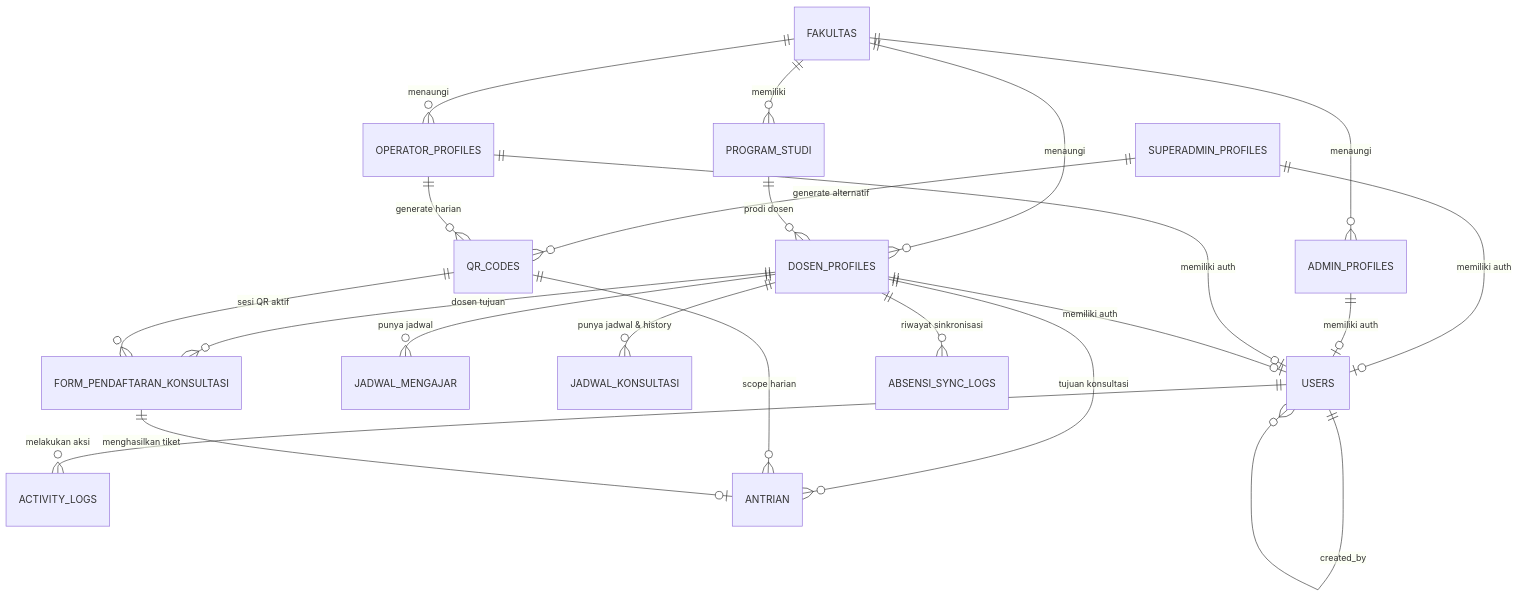
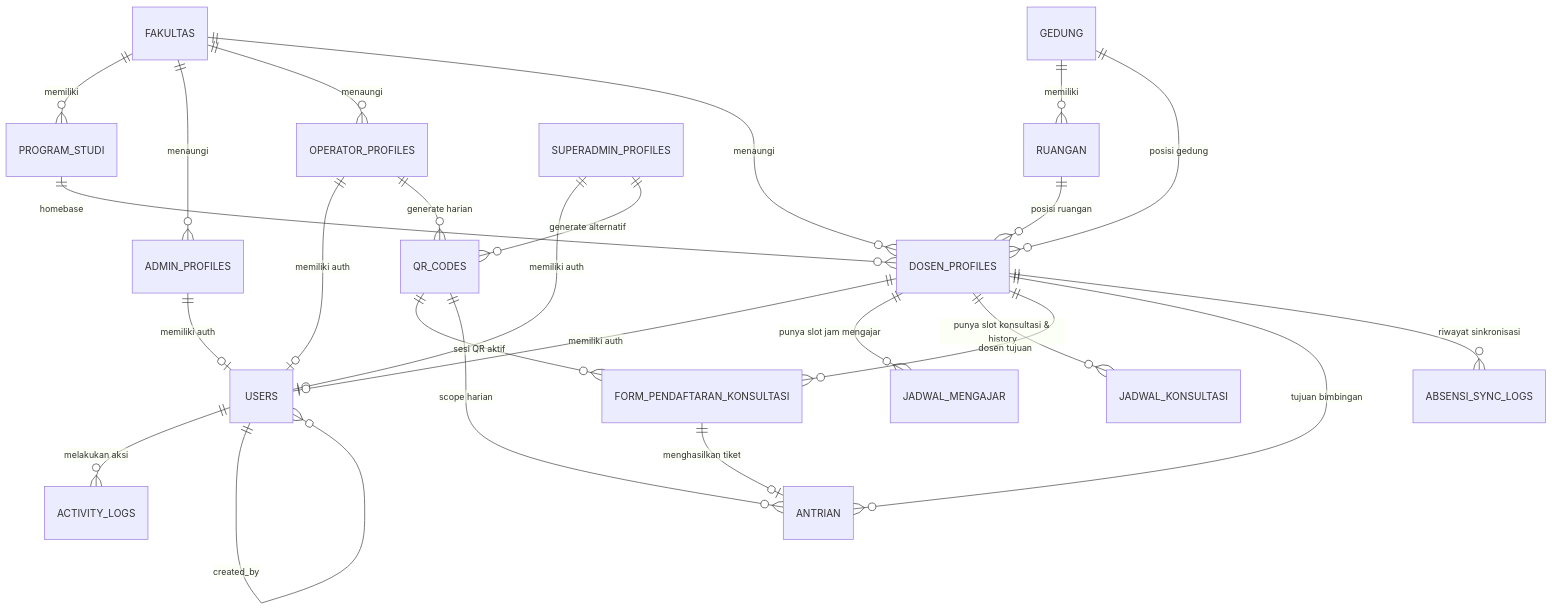
One commit to Cahyadi-Prasetyo/sinkansen changed the diagram in docs/erd.md. Above: the diagram before and after it, drawn with Mermaid. The commit also changed other lines of this file and 3 other files, not shown here.

Commit message:
docs: add ERD and PRD documentation and update project brief and README

````diff
--- a/docs/erd.md
+++ b/docs/erd.md
@@ -43,31 +47,35 @@
 ```mermaid
 erDiagram
     FAKULTAS ||--o{ PROGRAM_STUDI : "memiliki"
     FAKULTAS ||--o{ ADMIN_PROFILES : "menaungi"
     FAKULTAS ||--o{ OPERATOR_PROFILES : "menaungi"
     FAKULTAS ||--o{ DOSEN_PROFILES : "menaungi"
     
-    PROGRAM_STUDI ||--o{ DOSEN_PROFILES : "prodi dosen"
+    PROGRAM_STUDI ||--o{ DOSEN_PROFILES : "homebase"
+    
+    GEDUNG ||--o{ RUANGAN : "memiliki"
+    GEDUNG ||--o{ DOSEN_PROFILES : "posisi gedung"
+    RUANGAN ||--o{ DOSEN_PROFILES : "posisi ruangan"
     
     SUPERADMIN_PROFILES ||--o| USERS : "memiliki auth"
     ADMIN_PROFILES ||--o| USERS : "memiliki auth"
     OPERATOR_PROFILES ||--o| USERS : "memiliki auth"
     DOSEN_PROFILES ||--o| USERS : "memiliki auth"
     
     USERS ||--o{ ACTIVITY_LOGS : "melakukan aksi"
     USERS ||--o{ USERS : "created_by"
     
     SUPERADMIN_PROFILES ||--o{ QR_CODES : "generate alternatif"
     OPERATOR_PROFILES ||--o{ QR_CODES : "generate harian"
     
-    DOSEN_PROFILES ||--o{ JADWAL_MENGAJAR : "punya jadwal"
-    DOSEN_PROFILES ||--o{ JADWAL_KONSULTASI : "punya jadwal & history"
+    DOSEN_PROFILES ||--o{ JADWAL_MENGAJAR : "punya slot jam mengajar"
+    DOSEN_PROFILES ||--o{ JADWAL_KONSULTASI : "punya slot konsultasi & history"
     DOSEN_PROFILES ||--o{ FORM_PENDAFTARAN_KONSULTASI : "dosen tujuan"
-    DOSEN_PROFILES ||--o{ ANTRIAN : "tujuan konsultasi"
+    DOSEN_PROFILES ||--o{ ANTRIAN : "tujuan bimbingan"
     DOSEN_PROFILES ||--o{ ABSENSI_SYNC_LOGS : "riwayat sinkronisasi"
     
     QR_CODES ||--o{ FORM_PENDAFTARAN_KONSULTASI : "sesi QR aktif"
     QR_CODES ||--o{ ANTRIAN : "scope harian"
     
     FORM_PENDAFTARAN_KONSULTASI ||--o| ANTRIAN : "menghasilkan tiket"
 ```
````
